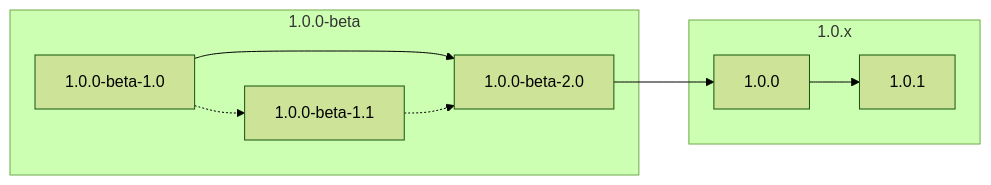
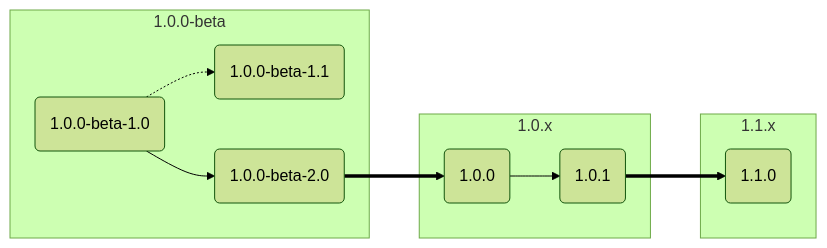
One commit to yusancky/yusancky_2022_summer_homework changed the diagram in README.md. Above: the diagram before and after it, drawn with Mermaid (forest theme).

````diff
--- a/README.md
+++ b/README.md
@@ -7,18 +7,21 @@
 ```mermaid
 graph LR;
     subgraph 1.0.0-beta
-    1.0.0-beta-1.0;
-    1.0.0-beta-1.1;
-    1.0.0-beta-2.0;
+    id1(1.0.0-beta-1.0);
+    id2(1.0.0-beta-1.1);
+    id3(1.0.0-beta-2.0);
     end
     subgraph 1.0.x
-    1.0.0;
-    1.0.1;
+    id4(1.0.0);
+    id5(1.0.1);
+    end
+    subgraph 1.1.x
+    id6(1.1.0);
     end
     
-    1.0.0-beta-1.0-.->1.0.0-beta-1.1;
-    1.0.0-beta-1.0-->1.0.0-beta-2.0;
-    1.0.0-beta-1.1-.->1.0.0-beta-2.0;
-    1.0.0-beta-2.0-->1.0.0;
-    1.0.0-->1.0.1;
+    id1-.->id2;
+    id1-->id3;
+    id3==>id4;
+    id4-->id5;
+    id5==>id6;
 ```
````
